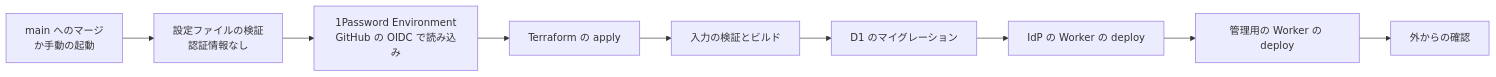
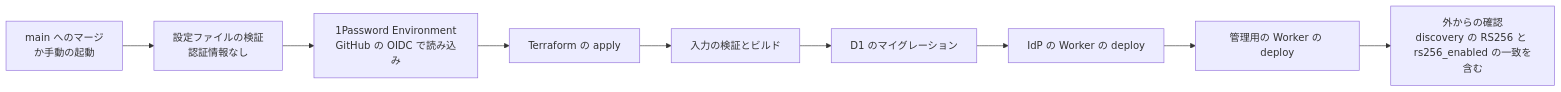
The second of 2 diagrams in docs/design/infrastructure.md (OJILab-dev/idp), drawn with Mermaid before and after one commit. The commit also changed other lines of this file and 40 other files, not shown here.

````diff
--- a/docs/design/infrastructure.md
+++ b/docs/design/infrastructure.md
@@ -58,14 +56,14 @@
 ```mermaid
 flowchart LR
   merge["main へのマージ<br/>か手動の起動"]
   validate["設定ファイルの検証<br/>認証情報なし"]
   creds["1Password Environment<br/>GitHub の OIDC で読み込み"]
   tf["Terraform の apply"]
   build["入力の検証とビルド"]
   mig["D1 のマイグレーション"]
   idp["IdP の Worker の deploy"]
   admin["管理用の Worker の deploy"]
-  check["外からの確認"]
+  check["外からの確認<br/>discovery の RS256 と rs256_enabled の一致を含む"]
 
   merge --> validate --> creds --> tf --> build --> mig --> idp --> admin --> check
 ```
````
